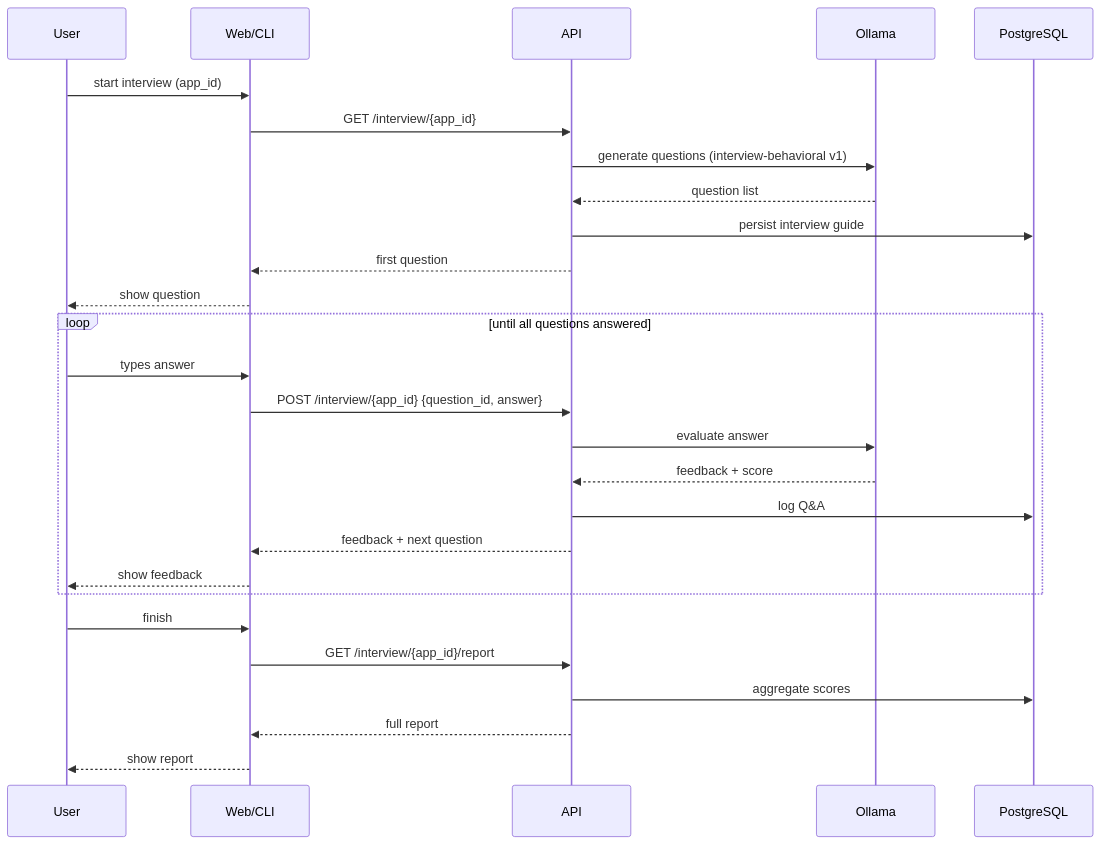
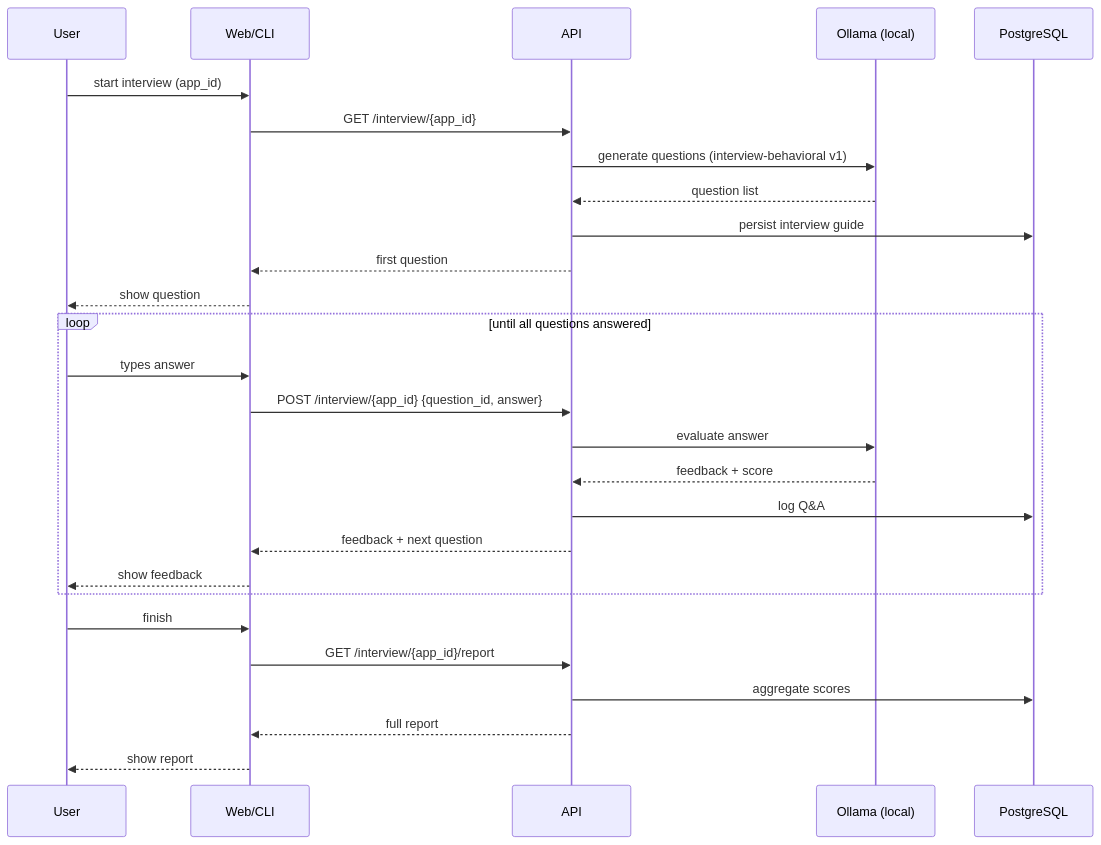
The fourth of 5 diagrams in docs/diagrams/architecture.md (Mueem-Nahid/personal-ai-platform), drawn with Mermaid before and after one commit. The commit also changed other lines of this file and 29 other files, not shown here.

````diff
--- a/docs/diagrams/architecture.md
+++ b/docs/diagrams/architecture.md
@@ -108,32 +153,32 @@
 ```mermaid
 sequenceDiagram
     participant U as User
     participant W as Web/CLI
     participant A as API
-    participant L as Ollama
+    participant L as Ollama (local)
     participant DB as PostgreSQL
 
     U->>W: start interview (app_id)
     W->>A: GET /interview/{app_id}
     A->>L: generate questions (interview-behavioral v1)
     L-->>A: question list
     A->>DB: persist interview guide
     A-->>W: first question
     W-->>U: show question
 
     loop until all questions answered
         U->>W: types answer
         W->>A: POST /interview/{app_id} {question_id, answer}
         A->>L: evaluate answer
         L-->>A: feedback + score
         A->>DB: log Q&A
         A-->>W: feedback + next question
         W-->>U: show feedback
     end
 
     U->>W: finish
     W->>A: GET /interview/{app_id}/report
     A->>DB: aggregate scores
     A-->>W: full report
     W-->>U: show report
 ```
````
